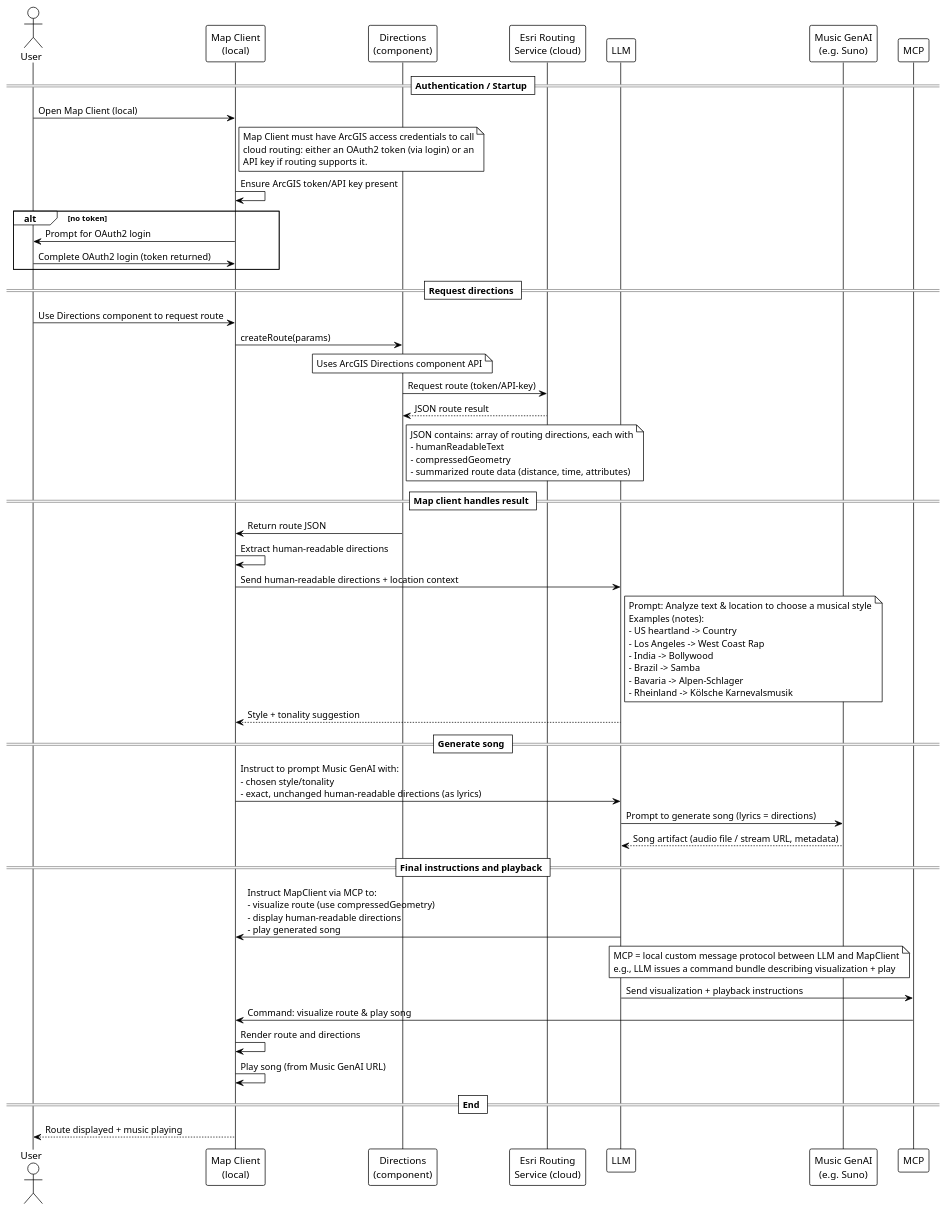
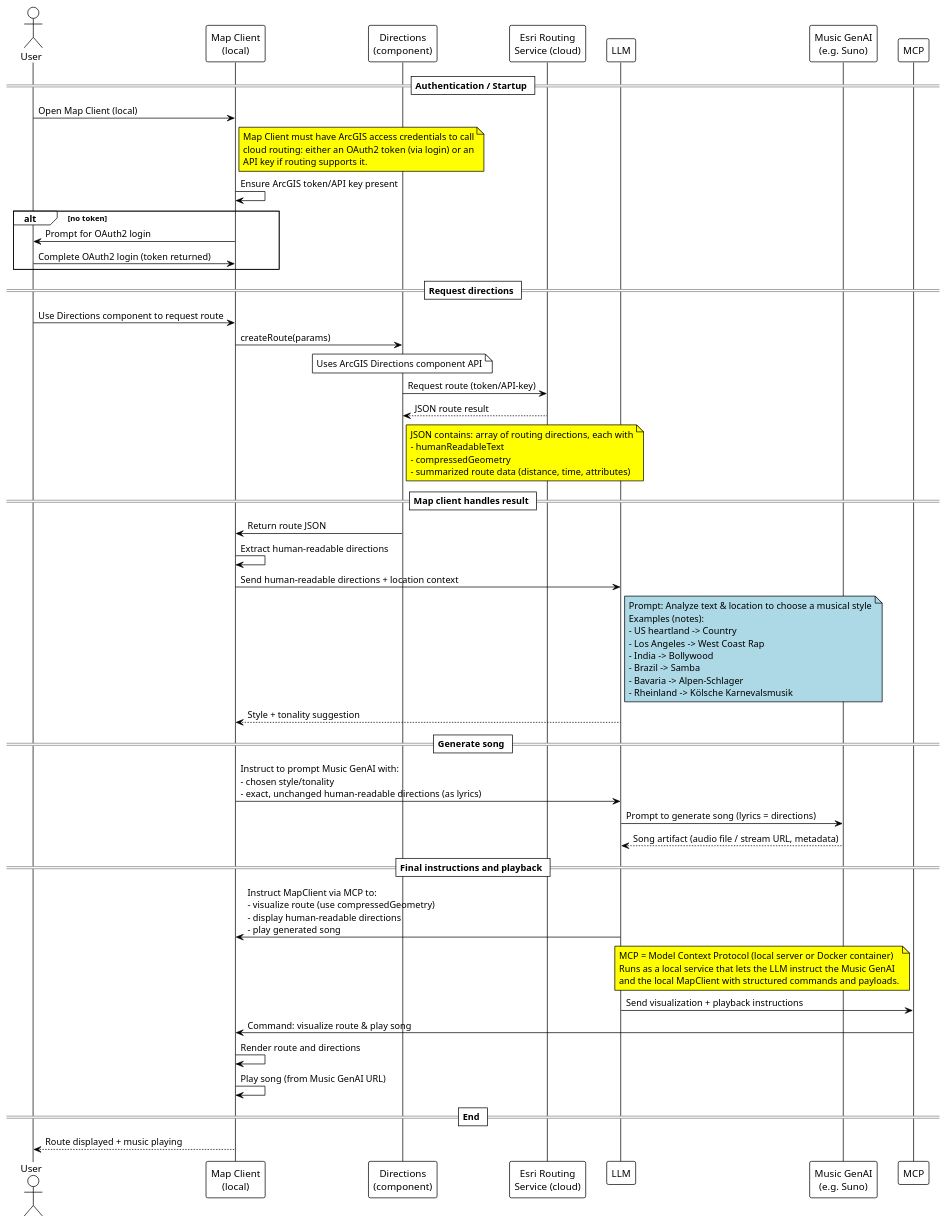
The diagram in Directions2Music_sequenceDiagram.puml (esride-nik/Directions2Music), drawn with PlantUML before and after one commit.

Commit message:
diagrm update

```diff
--- a/Directions2Music_sequenceDiagram.puml
+++ b/Directions2Music_sequenceDiagram.puml
@@ -1,77 +1,78 @@
 @startuml
 !theme plain
 
 ' Sequence diagram mapping the flow you described
 ' Actors: User, MapClient, DirectionsComponent, EsriRoutingService, LLM, MusicGenAI, MCP
 
 actor User
 participant "Map Client\n(local)" as MapClient
 participant "Directions\n(component)" as DirectionsComponent
 participant "Esri Routing\nService (cloud)" as EsriRoutingService
 participant LLM
 participant "Music GenAI\n(e.g. Suno)" as MusicGenAI
 participant MCP
 
 == Authentication / Startup ==
 User -> MapClient: Open Map Client (local)
-note right of MapClient
+note right of MapClient #yellow
  Map Client must have ArcGIS access credentials to call
  cloud routing: either an OAuth2 token (via login) or an
  API key if routing supports it.
 end note
 MapClient -> MapClient: Ensure ArcGIS token/API key present
 alt no token
  MapClient -> User: Prompt for OAuth2 login
  User -> MapClient: Complete OAuth2 login (token returned)
 end
 
 == Request directions ==
 User -> MapClient: Use Directions component to request route
 MapClient -> DirectionsComponent: createRoute(params)
 note over DirectionsComponent: Uses ArcGIS Directions component API
 DirectionsComponent -> EsriRoutingService: Request route (token/API-key)
 EsriRoutingService --> DirectionsComponent: JSON route result
-note right of DirectionsComponent
+note right of DirectionsComponent #yellow
  JSON contains: array of routing directions, each with
  - humanReadableText
  - compressedGeometry
  - summarized route data (distance, time, attributes)
 end note
 
 == Map client handles result ==
 DirectionsComponent -> MapClient: Return route JSON
 MapClient -> MapClient: Extract human-readable directions
 MapClient -> LLM: Send human-readable directions + location context
-note right of LLM
+note right of LLM #lightblue
  Prompt: Analyze text & location to choose a musical style
  Examples (notes):
  - US heartland -> Country
  - Los Angeles -> West Coast Rap
  - India -> Bollywood
  - Brazil -> Samba
  - Bavaria -> Alpen-Schlager
  - Rheinland -> Kölsche Karnevalsmusik
 end note
 
 LLM --> MapClient: Style + tonality suggestion
 
 == Generate song ==
 MapClient -> LLM: Instruct to prompt Music GenAI with:\n- chosen style/tonality\n- exact, unchanged human-readable directions (as lyrics)
 LLM -> MusicGenAI: Prompt to generate song (lyrics = directions)
 MusicGenAI --> LLM: Song artifact (audio file / stream URL, metadata)
 
 == Final instructions and playback ==
 LLM -> MapClient: Instruct MapClient via MCP to:\n- visualize route (use compressedGeometry)\n- display human-readable directions\n- play generated song
-note left of MCP
- MCP = local custom message protocol between LLM and MapClient
- e.g., LLM issues a command bundle describing visualization + play
+note left of MCP #yellow
+ MCP = Model Context Protocol (local server or Docker container)
+ Runs as a local service that lets the LLM instruct the Music GenAI
+ and the local MapClient with structured commands and payloads.
 end note
 LLM -> MCP: Send visualization + playback instructions
 MCP -> MapClient: Command: visualize route & play song
 MapClient -> MapClient: Render route and directions
 MapClient -> MapClient: Play song (from Music GenAI URL)
 
 == End ==
 User <-- MapClient: Route displayed + music playing
 
 @enduml
```
